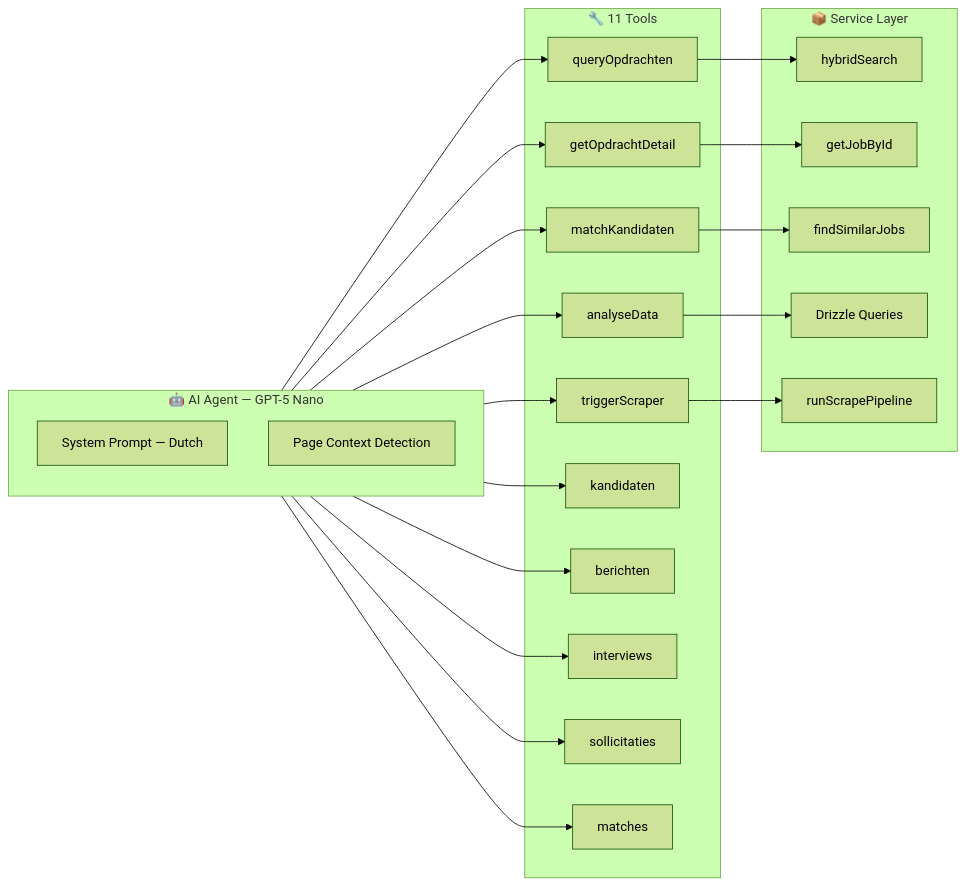
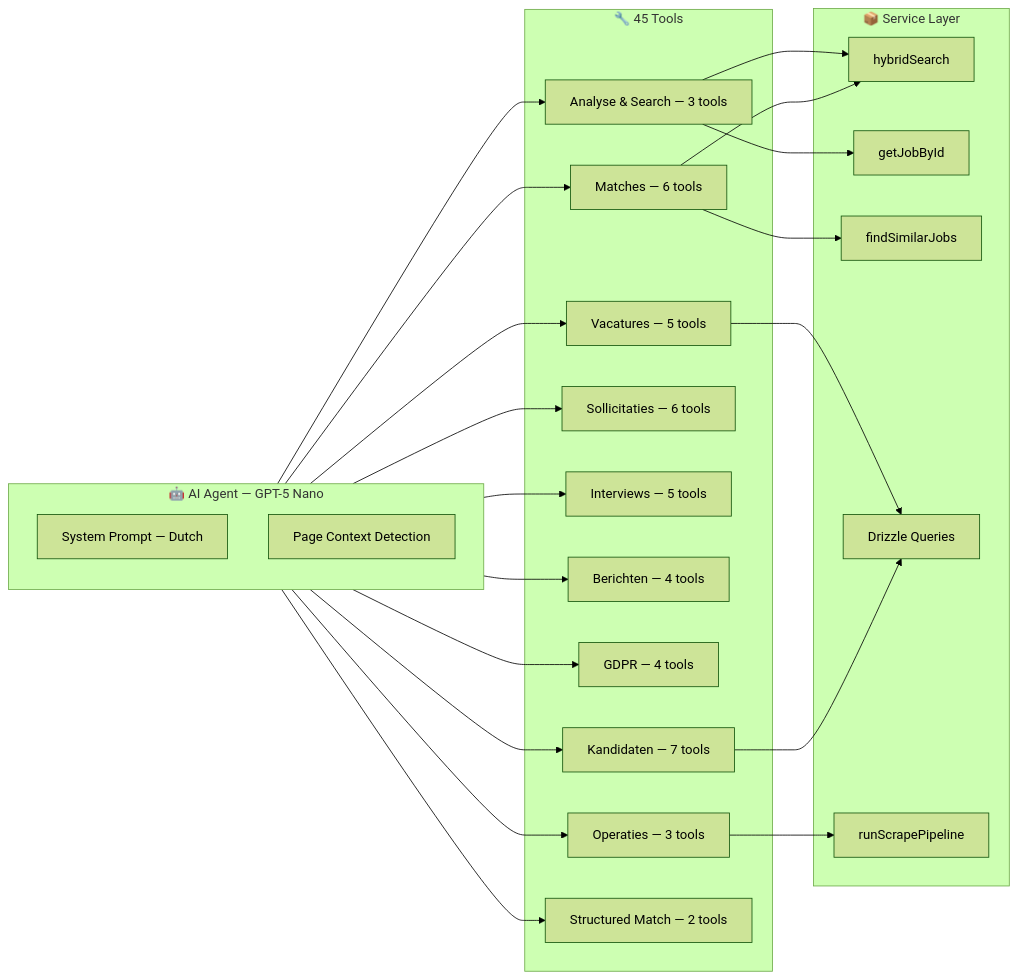
Before and after one commit to RyanLisse/motian: the third of 11 diagrams in README.en.md, drawn with Mermaid (forest theme). The commit also changed other lines of this file and 25 other files, not shown here.

````diff
--- a/README.en.md
+++ b/README.en.md
@@ -149,39 +149,46 @@
 ```mermaid
 graph LR
     subgraph Agent["🤖 AI Agent — GPT-5 Nano"]
         SYS[System Prompt — Dutch]
         CTX[Page Context Detection]
     end
 
-    subgraph Tools["🔧 11 Tools"]
-        T1[queryOpdrachten]
-        T2[getOpdrachtDetail]
-        T3[matchKandidaten]
-        T4[analyseData]
-        T5[triggerScraper]
-        T6[kandidaten]
-        T7[berichten]
-        T8[interviews]
-        T9[sollicitaties]
-        T10[matches]
+    subgraph Tools["🔧 45 Tools"]
+        T1[Kandidaten — 7 tools]
+        T2[Vacatures — 5 tools]
+        T3[Matches — 6 tools]
+        T4[Sollicitaties — 6 tools]
+        T5[Interviews — 5 tools]
+        T6[Berichten — 4 tools]
+        T7[GDPR — 4 tools]
+        T8[Operaties — 3 tools]
+        T9[Analyse & Search — 3 tools]
+        T10[Structured Match — 2 tools]
     end
 
     subgraph Services["📦 Service Layer"]
         S1[hybridSearch]
         S2[getJobById]
         S3[findSimilarJobs]
         S4[Drizzle Queries]
         S5[runScrapePipeline]
     end
 
-    Agent --> T1 --> S1
-    Agent --> T2 --> S2
-    Agent --> T3 --> S3
-    Agent --> T4 --> S4
-    Agent --> T5 --> S5
+    Agent --> T1
+    Agent --> T2
+    Agent --> T3
+    Agent --> T4
+    Agent --> T5
     Agent --> T6
     Agent --> T7
     Agent --> T8
     Agent --> T9
     Agent --> T10
+    T1 --> S4
+    T2 --> S4
+    T3 --> S1
+    T3 --> S3
+    T8 --> S5
+    T9 --> S1
+    T9 --> S2
 ```
````
